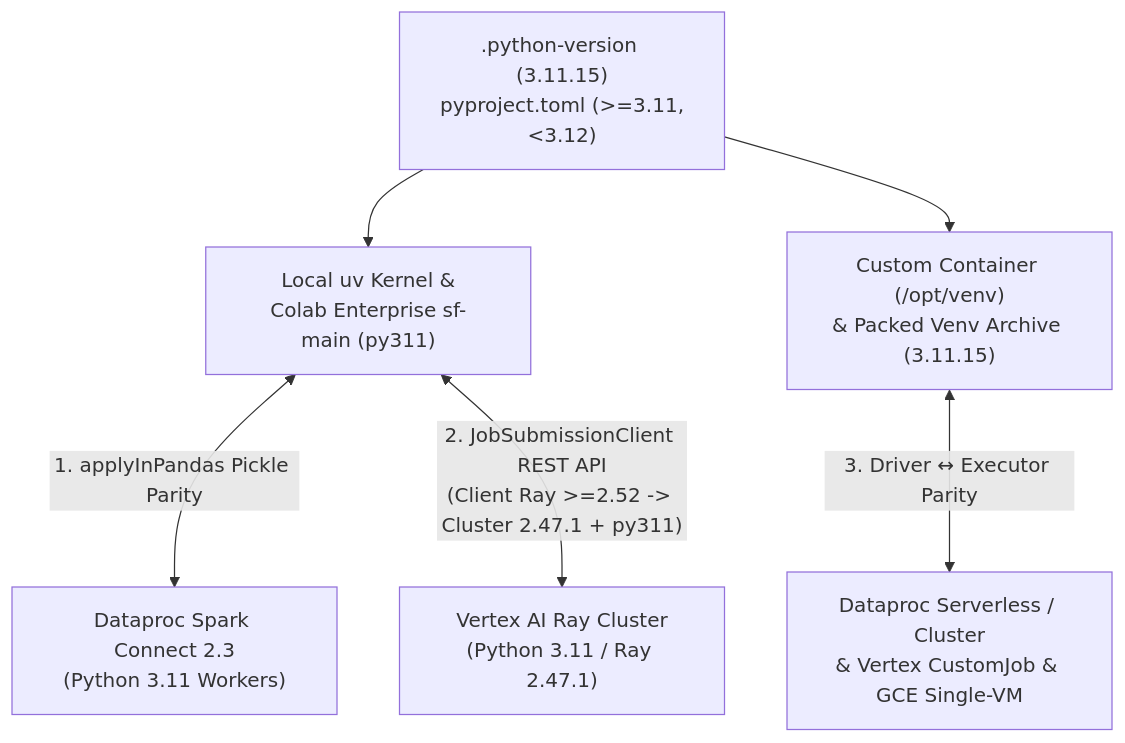
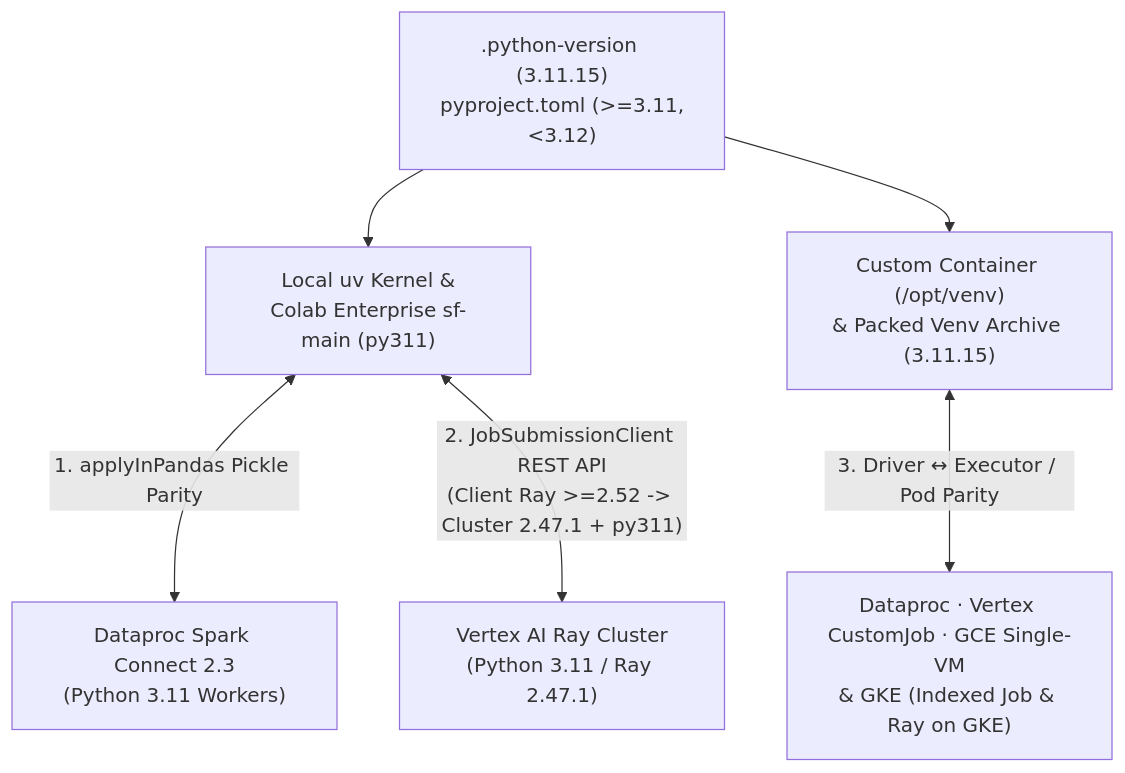
One commit to statmike/scale-forecasting changed the diagram in docs/version_matrix.md. Above: the diagram before and after it, drawn with Mermaid. The commit also changed other lines of this file and 102 other files, not shown here.

````diff
--- a/docs/version_matrix.md
+++ b/docs/version_matrix.md
@@ -21,9 +21,9 @@
 ```mermaid
 flowchart TD
-    Pin[".python-version (3.11.15)\npyproject.toml (>=3.11,<3.12)"]
-    Pin --> Kernel["Local uv Kernel &\nColab Enterprise sf-main (py311)"]
-    Pin --> Container["Custom Container (/opt/venv)\n& Packed Venv Archive (3.11.15)"]
-    Kernel <-->|"1. applyInPandas Pickle Parity"| Connect["Dataproc Spark Connect 2.3\n(Python 3.11 Workers)"]
-    Kernel <-->|"2. JobSubmissionClient REST API\n(Client Ray >=2.52 -> Cluster 2.47.1 + py311)"| VertexRay["Vertex AI Ray Cluster\n(Python 3.11 / Ray 2.47.1)"]
-    Container <-->|"3. Driver ↔ Executor Parity"| Batch["Dataproc Serverless / Cluster\n& Vertex CustomJob & GCE Single-VM"]
+    Pin[".python-version (3.11.15)<br/>pyproject.toml (>=3.11,<3.12)"]
+    Pin --> Kernel["Local uv Kernel &<br/>Colab Enterprise sf-main (py311)"]
+    Pin --> Container["Custom Container (/opt/venv)<br/>& Packed Venv Archive (3.11.15)"]
+    Kernel <-->|"1. applyInPandas Pickle Parity"| Connect["Dataproc Spark Connect 2.3<br/>(Python 3.11 Workers)"]
+    Kernel <-->|"2. JobSubmissionClient REST API<br/>(Client Ray >=2.52 -> Cluster 2.47.1 + py311)"| VertexRay["Vertex AI Ray Cluster<br/>(Python 3.11 / Ray 2.47.1)"]
+    Container <-->|"3. Driver ↔ Executor / Pod Parity"| Batch["Dataproc · Vertex CustomJob · GCE Single-VM<br/>& GKE (Indexed Job & Ray on GKE)"]
 ```
````
